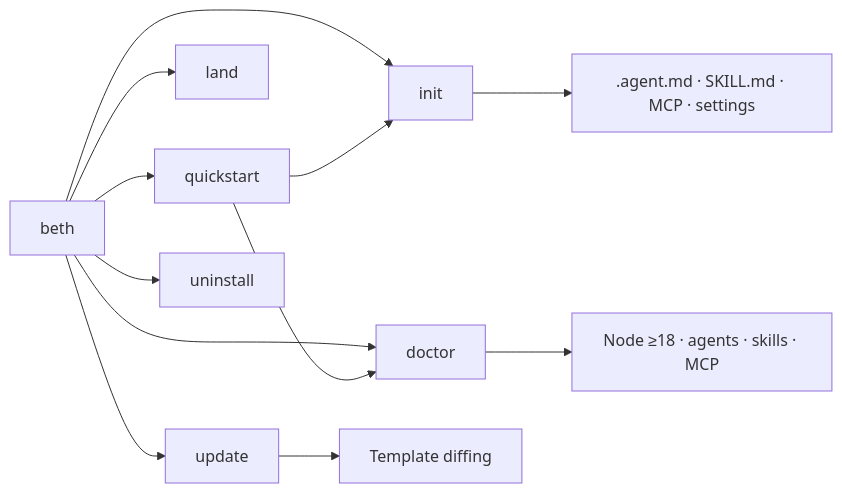
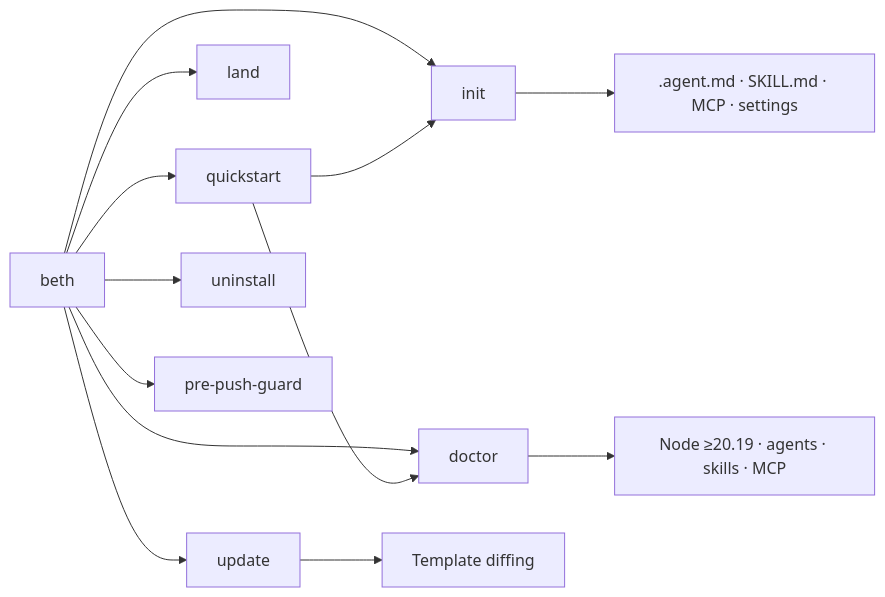
One commit to stephschofield/beth changed the fifth of 7 diagrams in README.md. Above: the diagram before and after it, drawn with Mermaid. The commit also changed other lines of this file and 17 other files, not shown here.

````diff
--- a/README.md
+++ b/README.md
@@ -310,13 +304,14 @@
 ```mermaid
 flowchart LR
     CLI["beth"] --> Init["init"]
     CLI --> Doctor["doctor"]
     CLI --> QS["quickstart"]
     CLI --> Land["land"]
     CLI --> Update["update"]
     CLI --> Uninstall["uninstall"]
+    CLI --> Guard["pre-push-guard"]
     Init --> Templates[".agent.md · SKILL.md · MCP · settings"]
-    Doctor --> Checks["Node ≥18 · agents · skills · MCP"]
+    Doctor --> Checks["Node ≥20.19 · agents · skills · MCP"]
     QS --> Init & Doctor
     Update --> Diff["Template diffing"]
 ```
````
